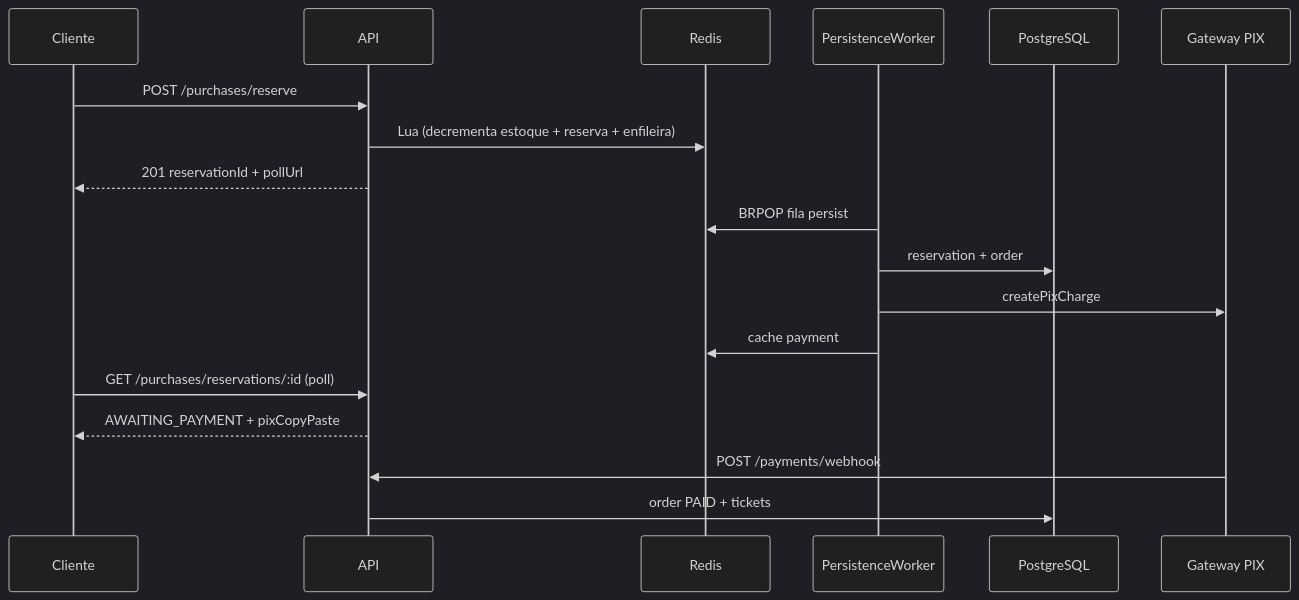
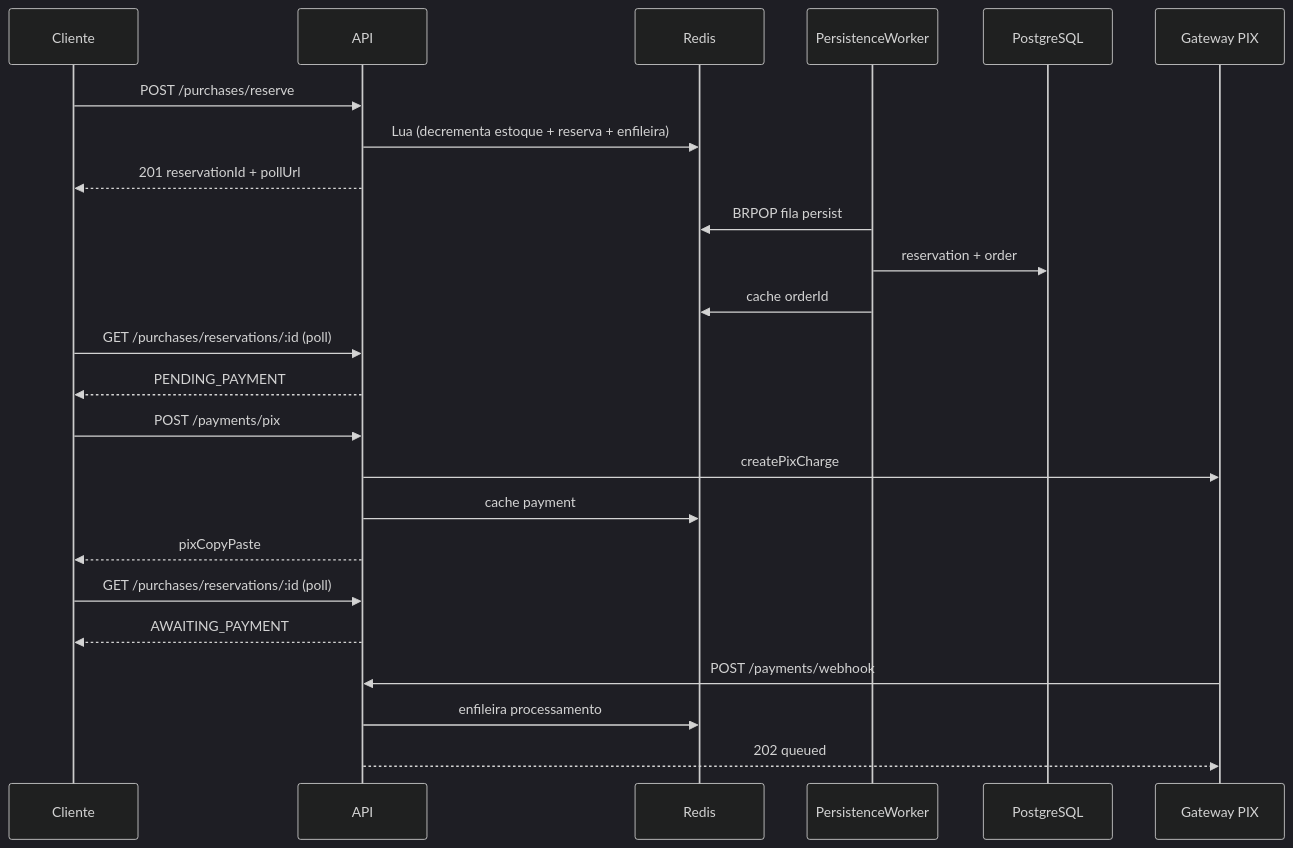
Before and after one commit to HSThzz/SistemaTicket: the diagram in backend/README.md, drawn with Mermaid (dark theme). The commit also changed other lines of this file and 22 other files, not shown here.

First line of the commit message:
feat(backend): implement payment processing worker and enhance payment flow

````diff
--- a/backend/README.md
+++ b/backend/README.md
@@ -15,24 +15,32 @@
 ```mermaid
 sequenceDiagram
   participant C as Cliente
   participant API as API
   participant R as Redis
   participant W as PersistenceWorker
   participant PG as PostgreSQL
   participant GW as Gateway PIX
 
   C->>API: POST /purchases/reserve
   API->>R: Lua (decrementa estoque + reserva + enfileira)
   API-->>C: 201 reservationId + pollUrl
 
   W->>R: BRPOP fila persist
   W->>PG: reservation + order
-  W->>GW: createPixCharge
-  W->>R: cache payment
+  W->>R: cache orderId
 
   C->>API: GET /purchases/reservations/:id (poll)
-  API-->>C: AWAITING_PAYMENT + pixCopyPaste
+  API-->>C: PENDING_PAYMENT
+
+  C->>API: POST /payments/pix
+  API->>GW: createPixCharge
+  API->>R: cache payment
+  API-->>C: pixCopyPaste
+
+  C->>API: GET /purchases/reservations/:id (poll)
+  API-->>C: AWAITING_PAYMENT
 
   GW->>API: POST /payments/webhook
-  API->>PG: order PAID + tickets
+  API->>R: enfileira processamento
+  API-->>GW: 202 queued
 ```
````
